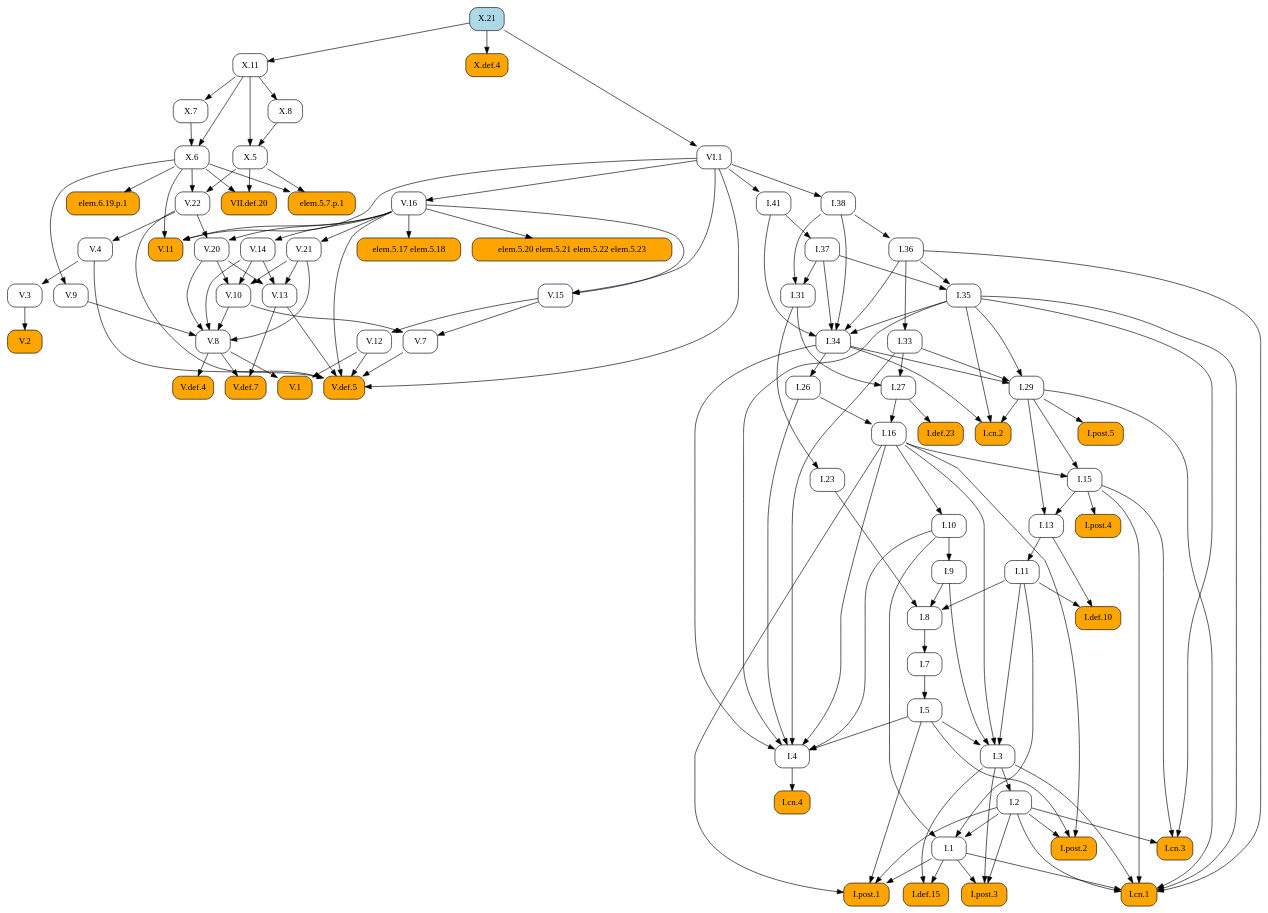
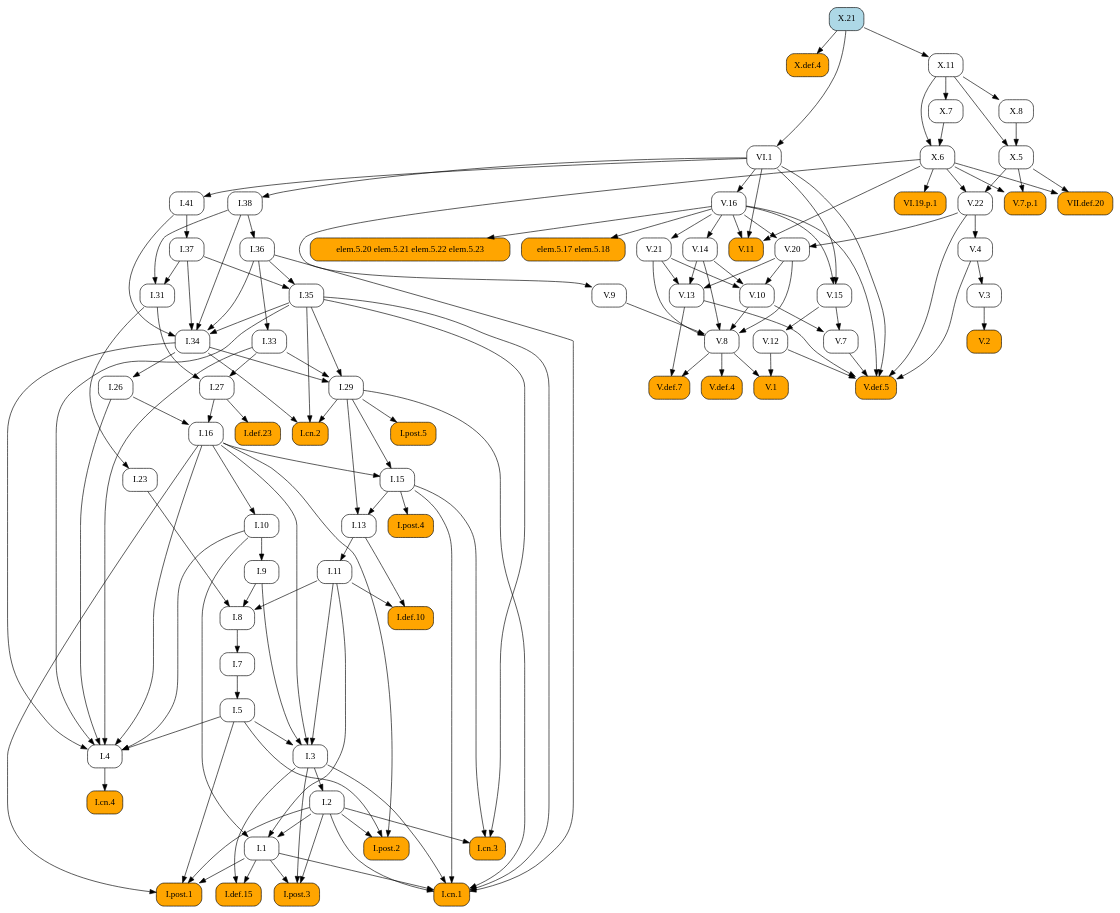
The diagram in docsrc/heath/X/21/index.rst (geometor/elements), drawn with Graphviz before and after one commit. The commit also changed other lines of this file and 484 other files, not shown here.

```diff
--- a/docsrc/heath/X/21/index.rst
+++ b/docsrc/heath/X/21/index.rst
@@ -53,83 +53,164 @@
    digraph {
      rankdir="TB";
      node [shape=box, style=rounded];
+     "I.23" [URL="/heath/I/23/", target="_top"];
+     "I.9" [URL="/heath/I/9/", target="_top"];
+     "I.def.15" [style="rounded,filled", fillcolor=orange, URL="/heath/I/def.15/", target="_top"];
+     "V.13" [URL="/heath/V/13/", target="_top"];
+     "V.7" [URL="/heath/V/7/", target="_top"];
+     "elem.5.17 elem.5.18" [style="rounded,filled", fillcolor=orange];
+     "V.7.p.1" [style="rounded,filled", fillcolor=orange];
+     "I.post.1" [style="rounded,filled", fillcolor=orange, URL="/heath/I/post.1/", target="_top"];
+     "V.14" [URL="/heath/V/14/", target="_top"];
+     "X.6" [URL="/heath/X/6/", target="_top"];
+     "V.9" [URL="/heath/V/9/", target="_top"];
+     "I.31" [URL="/heath/I/31/", target="_top"];
+     "V.10" [URL="/heath/V/10/", target="_top"];
      "I.def.10" [style="rounded,filled", fillcolor=orange, URL="/heath/I/def.10/", target="_top"];
+     "V.4" [URL="/heath/V/4/", target="_top"];
+     "X.def.4" [style="rounded,filled", fillcolor=orange, URL="/heath/X/def.4/", target="_top"];
+     "VI.1" [URL="/heath/VI/1/", target="_top"];
+     "V.11" [style="rounded,filled", fillcolor=orange, URL="/heath/V/11/", target="_top"];
+     "I.34" [URL="/heath/I/34/", target="_top"];
+     "VII.def.20" [style="rounded,filled", fillcolor=orange, URL="/heath/VII/def.20/", target="_top"];
+     "I.3" [URL="/heath/I/3/", target="_top"];
+     "V.def.4" [style="rounded,filled", fillcolor=orange, URL="/heath/V/def.4/", target="_top"];
+     "X.21" [style="rounded,filled", fillcolor=lightblue, URL="/heath/X/21/", target="_top"];
+     "V.def.7" [style="rounded,filled", fillcolor=orange, URL="/heath/V/def.7/", target="_top"];
+     "V.21" [URL="/heath/V/21/", target="_top"];
+     "I.2" [URL="/heath/I/2/", target="_top"];
+     "V.3" [URL="/heath/V/3/", target="_top"];
+     "I.13" [URL="/heath/I/13/", target="_top"];
+     "I.post.4" [style="rounded,filled", fillcolor=orange, URL="/heath/I/post.4/", target="_top"];
+     "I.4" [URL="/heath/I/4/", target="_top"];
+     "I.1" [URL="/heath/I/1/", target="_top"];
+     "I.8" [URL="/heath/I/8/", target="_top"];
+     "I.29" [URL="/heath/I/29/", target="_top"];
+     "I.38" [URL="/heath/I/38/", target="_top"];
+     "V.8" [URL="/heath/V/8/", target="_top"];
+     "I.15" [URL="/heath/I/15/", target="_top"];
+     "I.10" [URL="/heath/I/10/", target="_top"];
      "I.11" [URL="/heath/I/11/", target="_top"];
-     "I.post.4" [style="rounded,filled", fillcolor=orange, URL="/heath/I/post.4/", target="_top"];
-     "I.1" [URL="/heath/I/1/", target="_top"];
+     "I.def.23" [style="rounded,filled", fillcolor=orange, URL="/heath/I/def.23/", target="_top"];
+     "I.26" [URL="/heath/I/26/", target="_top"];
+     "V.16" [URL="/heath/V/16/", target="_top"];
+     "I.33" [URL="/heath/I/33/", target="_top"];
+     "X.11" [URL="/heath/X/11/", target="_top"];
+     "X.8" [URL="/heath/X/8/", target="_top"];
+     "I.post.3" [style="rounded,filled", fillcolor=orange, URL="/heath/I/post.3/", target="_top"];
      "V.def.5" [style="rounded,filled", fillcolor=orange, URL="/heath/V/def.5/", target="_top"];
-     "V.13" [URL="/heath/V/13/", target="_top"];
-     "V.11" [style="rounded,filled", fillcolor=orange, URL="/heath/V/11/", target="_top"];
-     "I.post.3" [style="rounded,filled", fillcolor=orange, URL="/heath/I/post.3/", target="_top"];
-     "VI.1" [URL="/heath/VI/1/", target="_top"];
+     "V.20" [URL="/heath/V/20/", target="_top"];
+     "I.27" [URL="/heath/I/27/", target="_top"];
+     "V.12" [URL="/heath/V/12/", target="_top"];
+     "I.35" [URL="/heath/I/35/", target="_top"];
+     "I.cn.1" [style="rounded,filled", fillcolor=orange, URL="/heath/I/cn.1/", target="_top"];
+     "V.2" [style="rounded,filled", fillcolor=orange, URL="/heath/V/2/", target="_top"];
+     "I.7" [URL="/heath/I/7/", target="_top"];
+     "I.36" [URL="/heath/I/36/", target="_top"];
+     "X.5" [URL="/heath/X/5/", target="_top"];
+     "I.5" [URL="/heath/I/5/", target="_top"];
+     "I.37" [URL="/heath/I/37/", target="_top"];
+     "VI.19.p.1" [style="rounded,filled", fillcolor=orange];
      "I.cn.3" [style="rounded,filled", fillcolor=orange, URL="/heath/I/cn.3/", target="_top"];
-     "V.16" [URL="/heath/V/16/", target="_top"];
-     "V.3" [URL="/heath/V/3/", target="_top"];
+     "I.16" [URL="/heath/I/16/", target="_top"];
      "X.7" [URL="/heath/X/7/", target="_top"];
+     "V.22" [URL="/heath/V/22/", target="_top"];
+     "V.1" [style="rounded,filled", fillcolor=orange, URL="/heath/V/1/", target="_top"];
+     "I.cn.2" [style="rounded,filled", fillcolor=orange, URL="/heath/I/cn.2/", target="_top"];
+     "I.post.5" [style="rounded,filled", fillcolor=orange, URL="/heath/I/post.5/", target="_top"];
+     "I.cn.4" [style="rounded,filled", fillcolor=orange, URL="/heath/I/cn.4/", target="_top"];
      "I.41" [URL="/heath/I/41/", target="_top"];
-     "I.36" [URL="/heath/I/36/", target="_top"];
-     "I.27" [URL="/heath/I/27/", target="_top"];
-     "V.8" [URL="/heath/V/8/", target="_top"];
-     "I.37" [URL="/heath/I/37/", target="_top"];
-     "I.34" [URL="/heath/I/34/", target="_top"];
-     "I.2" [URL="/heath/I/2/", target="_top"];
-     "I.def.23" [style="rounded,filled", fillcolor=orange, URL="/heath/I/def.23/", target="_top"];
-     "I.33" [URL="/heath/I/33/", target="_top"];
+     "V.15" [URL="/heath/V/15/", target="_top"];
      "I.post.2" [style="rounded,filled", fillcolor=orange, URL="/heath/I/post.2/", target="_top"];
-     "X.21" [style="rounded,filled", fillcolor=lightblue, URL="/heath/X/21/", target="_top"];
      "elem.5.20 elem.5.21 elem.5.22 elem.5.23" [style="rounded,filled", fillcolor=orange];
-     "I.9" [URL="/heath/I/9/", target="_top"];
-     "X.def.4" [style="rounded,filled", fillcolor=orange, URL="/heath/X/def.4/", target="_top"];
-     "I.cn.4" [style="rounded,filled", fillcolor=orange, URL="/heath/I/cn.4/", target="_top"];
-     "V.def.4" [style="rounded,filled", fillcolor=orange, URL="/heath/V/def.4/", target="_top"];
-     "I.15" [URL="/heath/I/15/", target="_top"];
-     "I.38" [URL="/heath/I/38/", target="_top"];
-     "V.def.7" [style="rounded,filled", fillcolor=orange, URL="/heath/V/def.7/", target="_top"];
-     "VII.def.20" [style="rounded,filled", fillcolor=orange, URL="/heath/VII/def.20/", target="_top"];
-     "I.5" [URL="/heath/I/5/", target="_top"];
-     "V.21" [URL="/heath/V/21/", target="_top"];
-     "I.26" [URL="/heath/I/26/", target="_top"];
-     "V.14" [URL="/heath/V/14/", target="_top"];
-     "I.29" [URL="/heath/I/29/", target="_top"];
-     "V.12" [URL="/heath/V/12/", target="_top"];
-     "V.22" [URL="/heath/V/22/", target="_top"];
-     "I.cn.2" [style="rounded,filled", fillcolor=orange, URL="/heath/I/cn.2/", target="_top"];
-     "X.6" [URL="/heath/X/6/", target="_top"];
-     "X.8" [URL="/heath/X/8/", target="_top"];
-     "V.20" [URL="/heath/V/20/", target="_top"];
-     "V.10" [URL="/heath/V/10/", target="_top"];
-     "I.def.15" [style="rounded,filled", fillcolor=orange, URL="/heath/I/def.15/", target="_top"];
-     "V.15" [URL="/heath/V/15/", target="_top"];
-     "I.cn.1" [style="rounded,filled", fillcolor=orange, URL="/heath/I/cn.1/", target="_top"];
-     "V.7" [URL="/heath/V/7/", target="_top"];
-     "V.9" [URL="/heath/V/9/", target="_top"];
-     "I.23" [URL="/heath/I/23/", target="_top"];
-     "I.post.1" [style="rounded,filled", fillcolor=orange, URL="/heath/I/post.1/", target="_top"];
-     "elem.6.19.p.1" [style="rounded,filled", fillcolor=orange];
-     "I.35" [URL="/heath/I/35/", target="_top"];
-     "I.7" [URL="/heath/I/7/", target="_top"];
-     "I.3" [URL="/heath/I/3/", target="_top"];
-     "I.4" [URL="/heath/I/4/", target="_top"];
-     "I.13" [URL="/heath/I/13/", target="_top"];
-     "V.4" [URL="/heath/V/4/", target="_top"];
-     "elem.5.7.p.1" [style="rounded,filled", fillcolor=orange];
-     "I.31" [URL="/heath/I/31/", target="_top"];
-     "V.1" [style="rounded,filled", fillcolor=orange, URL="/heath/V/1/", target="_top"];
-     "I.16" [URL="/heath/I/16/", target="_top"];
-     "elem.5.17 elem.5.18" [style="rounded,filled", fillcolor=orange];
-     "X.5" [URL="/heath/X/5/", target="_top"];
-     "X.11" [URL="/heath/X/11/", target="_top"];
-     "I.8" [URL="/heath/I/8/", target="_top"];
-     "V.2" [style="rounded,filled", fillcolor=orange, URL="/heath/V/2/", target="_top"];
-     "I.post.5" [style="rounded,filled", fillcolor=orange, URL="/heath/I/post.5/", target="_top"];
-     "I.10" [URL="/heath/I/10/", target="_top"];
+     "I.31" -> "I.23";
+     "I.10" -> "I.9";
+     "I.1" -> "I.def.15";
+     "I.3" -> "I.def.15";
+     "V.14" -> "V.13";
+     "V.20" -> "V.13";
+     "V.21" -> "V.13";
+     "V.10" -> "V.7";
+     "V.15" -> "V.7";
+     "V.16" -> "elem.5.17 elem.5.18";
+     "X.5" -> "V.7.p.1";
+     "X.6" -> "V.7.p.1";
+     "I.1" -> "I.post.1";
+     "I.2" -> "I.post.1";
+     "I.5" -> "I.post.1";
+     "I.16" -> "I.post.1";
+     "V.16" -> "V.14";
+     "X.7" -> "X.6";
+     "X.11" -> "X.6";
+     "X.6" -> "V.9";
+     "I.37" -> "I.31";
+     "I.38" -> "I.31";
+     "V.14" -> "V.10";
+     "V.20" -> "V.10";
+     "V.21" -> "V.10";
      "I.11" -> "I.def.10";
      "I.13" -> "I.def.10";
-     "I.13" -> "I.11";
+     "V.22" -> "V.4";
+     "X.21" -> "X.def.4";
+     "X.21" -> "VI.1";
+     "V.16" -> "V.11";
+     "VI.1" -> "V.11";
+     "X.6" -> "V.11";
+     "I.35" -> "I.34";
+     "I.36" -> "I.34";
+     "I.37" -> "I.34";
+     "I.38" -> "I.34";
+     "I.41" -> "I.34";
+     "X.5" -> "VII.def.20";
+     "X.6" -> "VII.def.20";
+     "I.5" -> "I.3";
+     "I.9" -> "I.3";
+     "I.11" -> "I.3";
+     "I.16" -> "I.3";
+     "V.8" -> "V.def.4";
+     "V.8" -> "V.def.7";
+     "V.13" -> "V.def.7";
+     "V.16" -> "V.21";
+     "I.3" -> "I.2";
+     "V.4" -> "V.3";
+     "I.15" -> "I.13";
+     "I.29" -> "I.13";
      "I.15" -> "I.post.4";
+     "I.5" -> "I.4";
+     "I.10" -> "I.4";
+     "I.16" -> "I.4";
+     "I.26" -> "I.4";
+     "I.33" -> "I.4";
+     "I.34" -> "I.4";
+     "I.35" -> "I.4";
      "I.2" -> "I.1";
      "I.10" -> "I.1";
      "I.11" -> "I.1";
+     "I.9" -> "I.8";
+     "I.11" -> "I.8";
+     "I.23" -> "I.8";
+     "I.33" -> "I.29";
+     "I.34" -> "I.29";
+     "I.35" -> "I.29";
+     "VI.1" -> "I.38";
+     "V.9" -> "V.8";
+     "V.10" -> "V.8";
+     "V.14" -> "V.8";
+     "V.20" -> "V.8";
+     "V.21" -> "V.8";
+     "I.16" -> "I.15";
+     "I.29" -> "I.15";
+     "I.16" -> "I.10";
+     "I.13" -> "I.11";
+     "I.27" -> "I.def.23";
+     "I.34" -> "I.26";
+     "VI.1" -> "V.16";
+     "I.36" -> "I.33";
+     "X.21" -> "X.11";
+     "X.11" -> "X.8";
+     "I.1" -> "I.post.3";
+     "I.2" -> "I.post.3";
+     "I.3" -> "I.post.3";
      "V.4" -> "V.def.5";
      "V.7" -> "V.def.5";
      "V.12" -> "V.def.5";
@@ -137,80 +218,13 @@
      "V.16" -> "V.def.5";
      "V.22" -> "V.def.5";
      "VI.1" -> "V.def.5";
-     "V.14" -> "V.13";
-     "V.20" -> "V.13";
-     "V.21" -> "V.13";
-     "V.16" -> "V.11";
-     "VI.1" -> "V.11";
-     "X.6" -> "V.11";
-     "I.1" -> "I.post.3";
-     "I.2" -> "I.post.3";
-     "I.3" -> "I.post.3";
-     "X.21" -> "VI.1";
-     "I.2" -> "I.cn.3";
-     "I.15" -> "I.cn.3";
-     "I.35" -> "I.cn.3";
-     "VI.1" -> "V.16";
-     "V.4" -> "V.3";
-     "X.11" -> "X.7";
-     "VI.1" -> "I.41";
-     "I.38" -> "I.36";
+     "V.16" -> "V.20";
+     "V.22" -> "V.20";
      "I.31" -> "I.27";
      "I.33" -> "I.27";
-     "V.9" -> "V.8";
-     "V.10" -> "V.8";
-     "V.14" -> "V.8";
-     "V.20" -> "V.8";
-     "V.21" -> "V.8";
-     "I.41" -> "I.37";
-     "I.35" -> "I.34";
-     "I.36" -> "I.34";
-     "I.37" -> "I.34";
-     "I.38" -> "I.34";
-     "I.41" -> "I.34";
-     "I.3" -> "I.2";
-     "I.27" -> "I.def.23";
-     "I.36" -> "I.33";
-     "I.2" -> "I.post.2";
-     "I.5" -> "I.post.2";
-     "I.16" -> "I.post.2";
-     "V.16" -> "elem.5.20 elem.5.21 elem.5.22 elem.5.23";
-     "I.10" -> "I.9";
-     "X.21" -> "X.def.4";
-     "I.4" -> "I.cn.4";
-     "V.8" -> "V.def.4";
-     "I.16" -> "I.15";
-     "I.29" -> "I.15";
-     "VI.1" -> "I.38";
-     "V.8" -> "V.def.7";
-     "V.13" -> "V.def.7";
-     "X.5" -> "VII.def.20";
-     "X.6" -> "VII.def.20";
-     "I.7" -> "I.5";
-     "V.16" -> "V.21";
-     "I.34" -> "I.26";
-     "V.16" -> "V.14";
-     "I.33" -> "I.29";
-     "I.34" -> "I.29";
-     "I.35" -> "I.29";
      "V.15" -> "V.12";
-     "X.5" -> "V.22";
-     "X.6" -> "V.22";
-     "I.29" -> "I.cn.2";
-     "I.34" -> "I.cn.2";
-     "I.35" -> "I.cn.2";
-     "X.7" -> "X.6";
-     "X.11" -> "X.6";
-     "X.11" -> "X.8";
-     "V.16" -> "V.20";
-     "V.22" -> "V.20";
-     "V.14" -> "V.10";
-     "V.20" -> "V.10";
-     "V.21" -> "V.10";
-     "I.1" -> "I.def.15";
-     "I.3" -> "I.def.15";
-     "V.16" -> "V.15";
-     "VI.1" -> "V.15";
+     "I.36" -> "I.35";
+     "I.37" -> "I.35";
      "I.1" -> "I.cn.1";
      "I.2" -> "I.cn.1";
      "I.3" -> "I.cn.1";
@@ -218,48 +232,34 @@
      "I.29" -> "I.cn.1";
      "I.35" -> "I.cn.1";
      "I.36" -> "I.cn.1";
-     "V.10" -> "V.7";
-     "V.15" -> "V.7";
-     "X.6" -> "V.9";
-     "I.31" -> "I.23";
-     "I.1" -> "I.post.1";
-     "I.2" -> "I.post.1";
-     "I.5" -> "I.post.1";
-     "I.16" -> "I.post.1";
-     "X.6" -> "elem.6.19.p.1";
-     "I.36" -> "I.35";
-     "I.37" -> "I.35";
+     "V.3" -> "V.2";
      "I.8" -> "I.7";
-     "I.5" -> "I.3";
-     "I.9" -> "I.3";
-     "I.11" -> "I.3";
-     "I.16" -> "I.3";
-     "I.5" -> "I.4";
-     "I.10" -> "I.4";
-     "I.16" -> "I.4";
-     "I.26" -> "I.4";
-     "I.33" -> "I.4";
-     "I.34" -> "I.4";
-     "I.35" -> "I.4";
-     "I.15" -> "I.13";
-     "I.29" -> "I.13";
-     "V.22" -> "V.4";
-     "X.5" -> "elem.5.7.p.1";
-     "X.6" -> "elem.5.7.p.1";
-     "I.37" -> "I.31";
-     "I.38" -> "I.31";
+     "I.38" -> "I.36";
+     "X.8" -> "X.5";
+     "X.11" -> "X.5";
+     "I.7" -> "I.5";
+     "I.41" -> "I.37";
+     "X.6" -> "VI.19.p.1";
+     "I.2" -> "I.cn.3";
+     "I.15" -> "I.cn.3";
+     "I.35" -> "I.cn.3";
+     "I.26" -> "I.16";
+     "I.27" -> "I.16";
+     "X.11" -> "X.7";
+     "X.5" -> "V.22";
+     "X.6" -> "V.22";
      "V.8" -> "V.1";
      "V.12" -> "V.1";
-     "I.26" -> "I.16";
-     "I.27" -> "I.16";
-     "V.16" -> "elem.5.17 elem.5.18";
-     "X.8" -> "X.5";
-     "X.11" -> "X.5";
-     "X.21" -> "X.11";
-     "I.9" -> "I.8";
-     "I.11" -> "I.8";
-     "I.23" -> "I.8";
-     "V.3" -> "V.2";
+     "I.29" -> "I.cn.2";
+     "I.34" -> "I.cn.2";
+     "I.35" -> "I.cn.2";
      "I.29" -> "I.post.5";
-     "I.16" -> "I.10";
+     "I.4" -> "I.cn.4";
+     "VI.1" -> "I.41";
+     "V.16" -> "V.15";
+     "VI.1" -> "V.15";
+     "I.2" -> "I.post.2";
+     "I.5" -> "I.post.2";
+     "I.16" -> "I.post.2";
+     "V.16" -> "elem.5.20 elem.5.21 elem.5.22 elem.5.23";
    }
```
